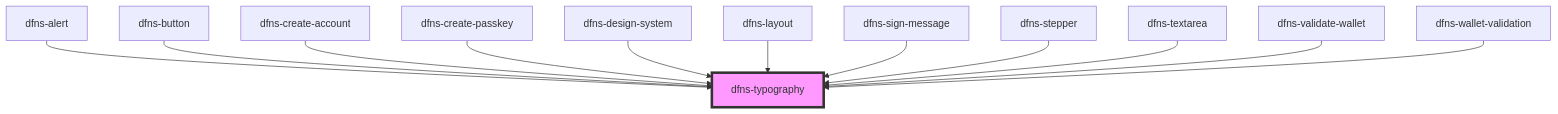
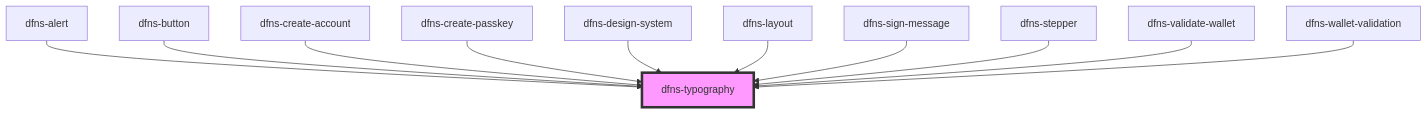
The diagram in src/components/dfns-typography/readme.md (dfnsext/web-ui), drawn with Mermaid before and after one commit. The commit also changed other lines of this file and 11 other files, not shown here.

````diff
--- a/src/components/dfns-typography/readme.md
+++ b/src/components/dfns-typography/readme.md
@@ -34,15 +33,14 @@
 ```mermaid
 graph TD;
   dfns-alert --> dfns-typography
   dfns-button --> dfns-typography
   dfns-create-account --> dfns-typography
   dfns-create-passkey --> dfns-typography
   dfns-design-system --> dfns-typography
   dfns-layout --> dfns-typography
   dfns-sign-message --> dfns-typography
   dfns-stepper --> dfns-typography
-  dfns-textarea --> dfns-typography
   dfns-validate-wallet --> dfns-typography
   dfns-wallet-validation --> dfns-typography
   style dfns-typography fill:#f9f,stroke:#333,stroke-width:4px
 ```
````
